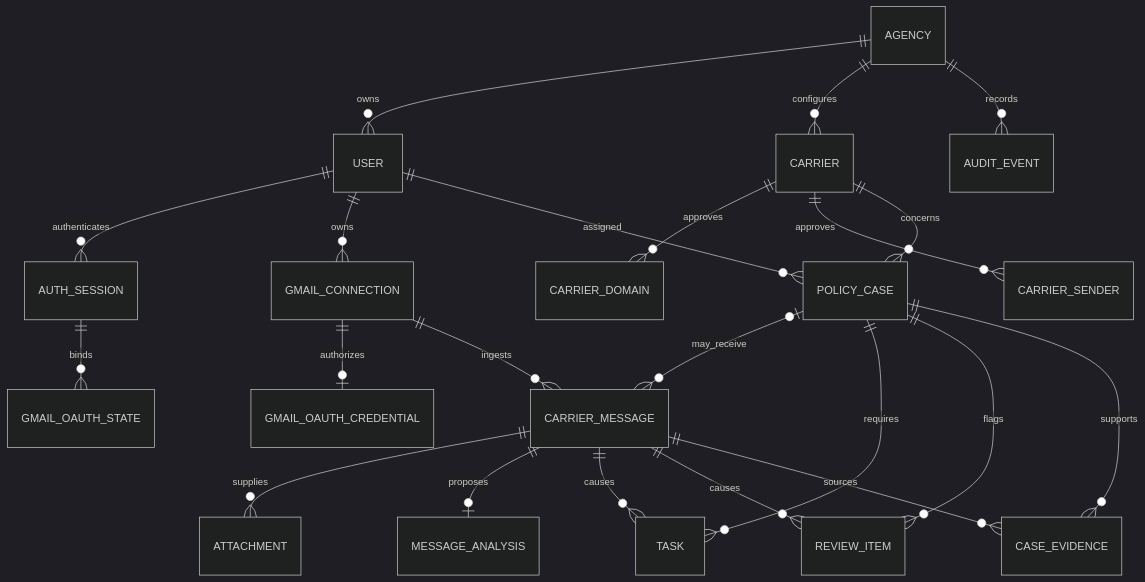
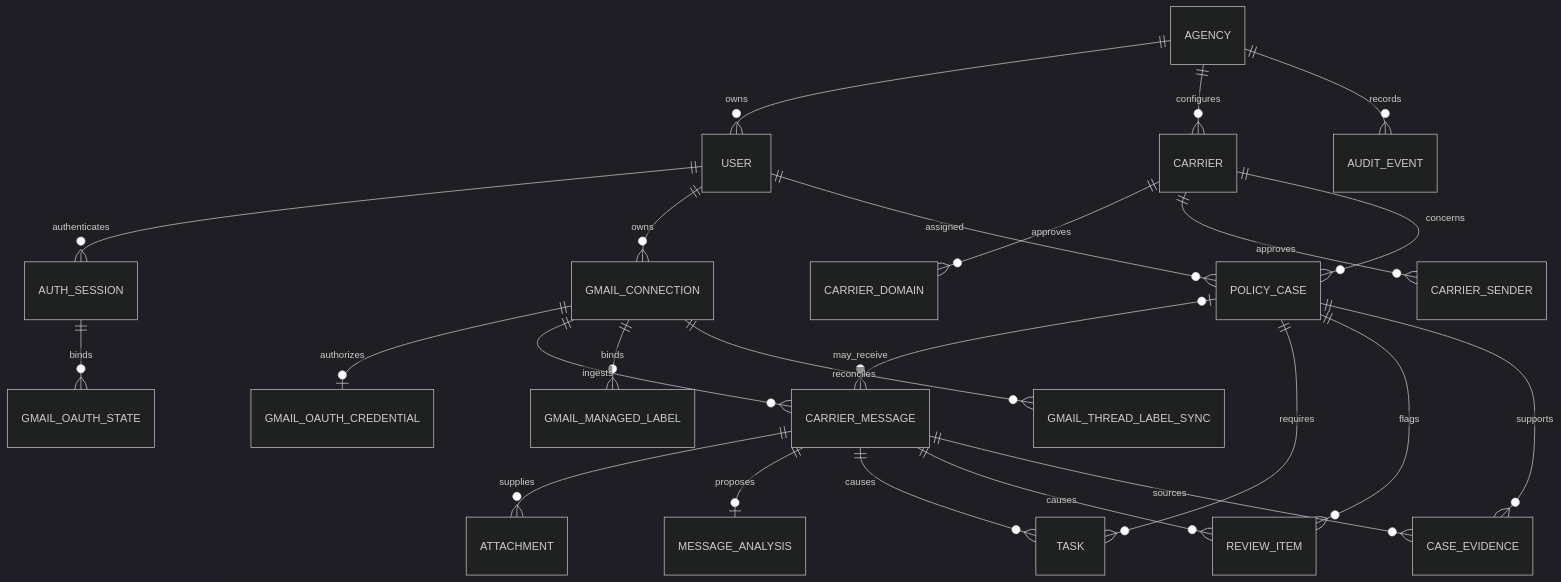
Before and after one commit to erireqica/carrier-intelligence-hub: the diagram in docs/data-model.md, drawn with Mermaid (dark theme). The commit also changed other lines of this file and 41 other files, not shown here.

````diff
--- a/docs/data-model.md
+++ b/docs/data-model.md
@@ -29,24 +31,26 @@
 ```mermaid
 erDiagram
     AGENCY ||--o{ USER : owns
     USER ||--o{ AUTH_SESSION : authenticates
     AGENCY ||--o{ CARRIER : configures
     CARRIER ||--o{ CARRIER_DOMAIN : approves
     CARRIER ||--o{ CARRIER_SENDER : approves
     USER ||--o{ GMAIL_CONNECTION : owns
     GMAIL_CONNECTION ||--o| GMAIL_OAUTH_CREDENTIAL : authorizes
     AUTH_SESSION ||--o{ GMAIL_OAUTH_STATE : binds
     CARRIER ||--o{ POLICY_CASE : concerns
     USER ||--o{ POLICY_CASE : assigned
     POLICY_CASE o|--o{ CARRIER_MESSAGE : may_receive
     GMAIL_CONNECTION ||--o{ CARRIER_MESSAGE : ingests
+    GMAIL_CONNECTION ||--o{ GMAIL_MANAGED_LABEL : binds
+    GMAIL_CONNECTION ||--o{ GMAIL_THREAD_LABEL_SYNC : reconciles
     CARRIER_MESSAGE ||--o{ ATTACHMENT : supplies
     CARRIER_MESSAGE ||--o| MESSAGE_ANALYSIS : proposes
     POLICY_CASE ||--o{ TASK : requires
     CARRIER_MESSAGE ||--o{ TASK : causes
     POLICY_CASE ||--o{ REVIEW_ITEM : flags
     CARRIER_MESSAGE ||--o{ REVIEW_ITEM : causes
     POLICY_CASE ||--o{ CASE_EVIDENCE : supports
     CARRIER_MESSAGE ||--o{ CASE_EVIDENCE : sources
     AGENCY ||--o{ AUDIT_EVENT : records
 ```
````
